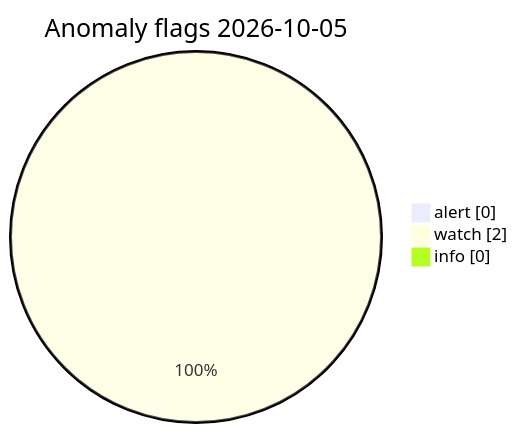
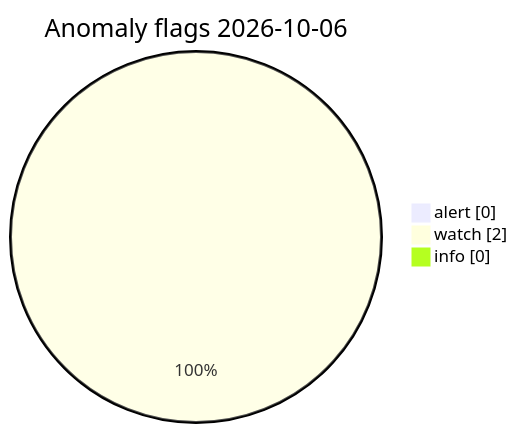
The diagram in visuals/latest/CHARTS.md (Midwest-Stratospheric/Unified-Open-Global-Weather), drawn with Mermaid before and after one commit. The commit also changed other lines of this file and 11 other files, not shown here.

Commit message:
data(visuals): automated charts 2026-10-06T13:22Z

````diff
--- a/visuals/latest/CHARTS.md
+++ b/visuals/latest/CHARTS.md
@@ -73,7 +73,7 @@
 ```mermaid
 pie showData
-  title Anomaly flags 2026-10-05
+  title Anomaly flags 2026-10-06
   "alert" : 0
   "watch" : 2
   "info" : 0
 ```
````
